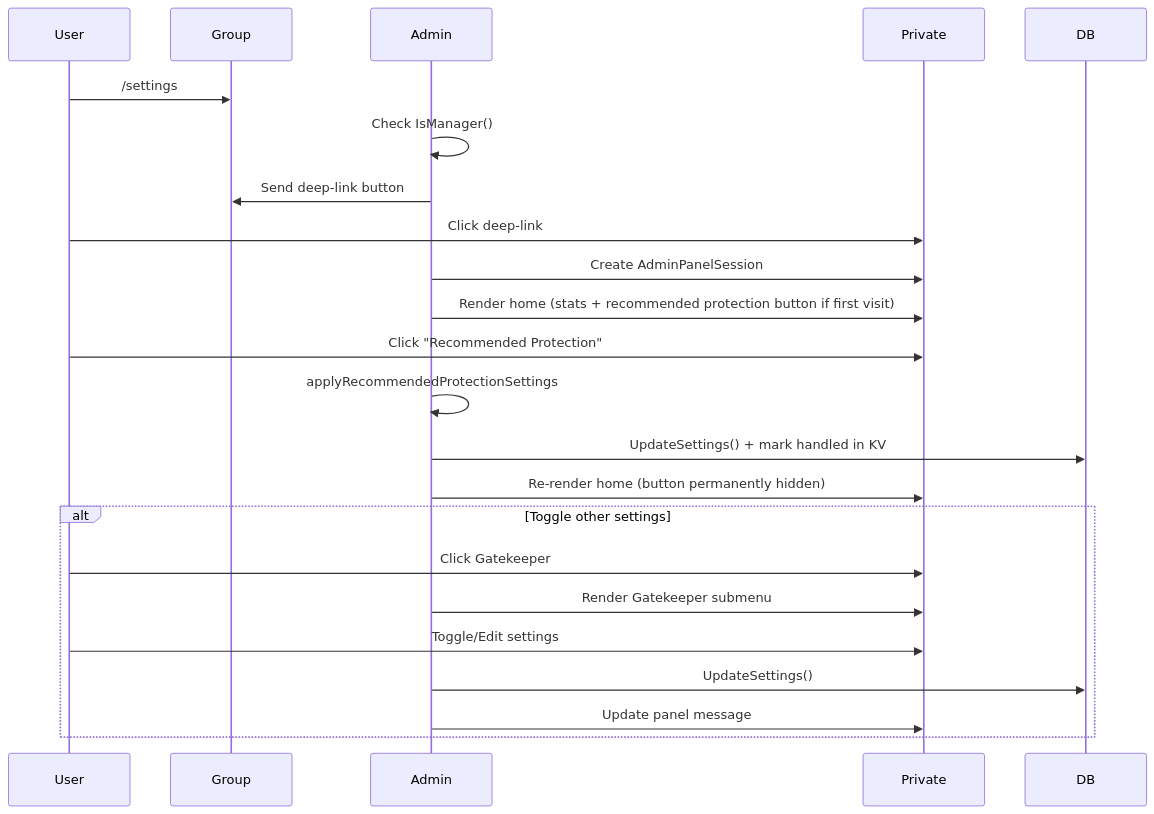
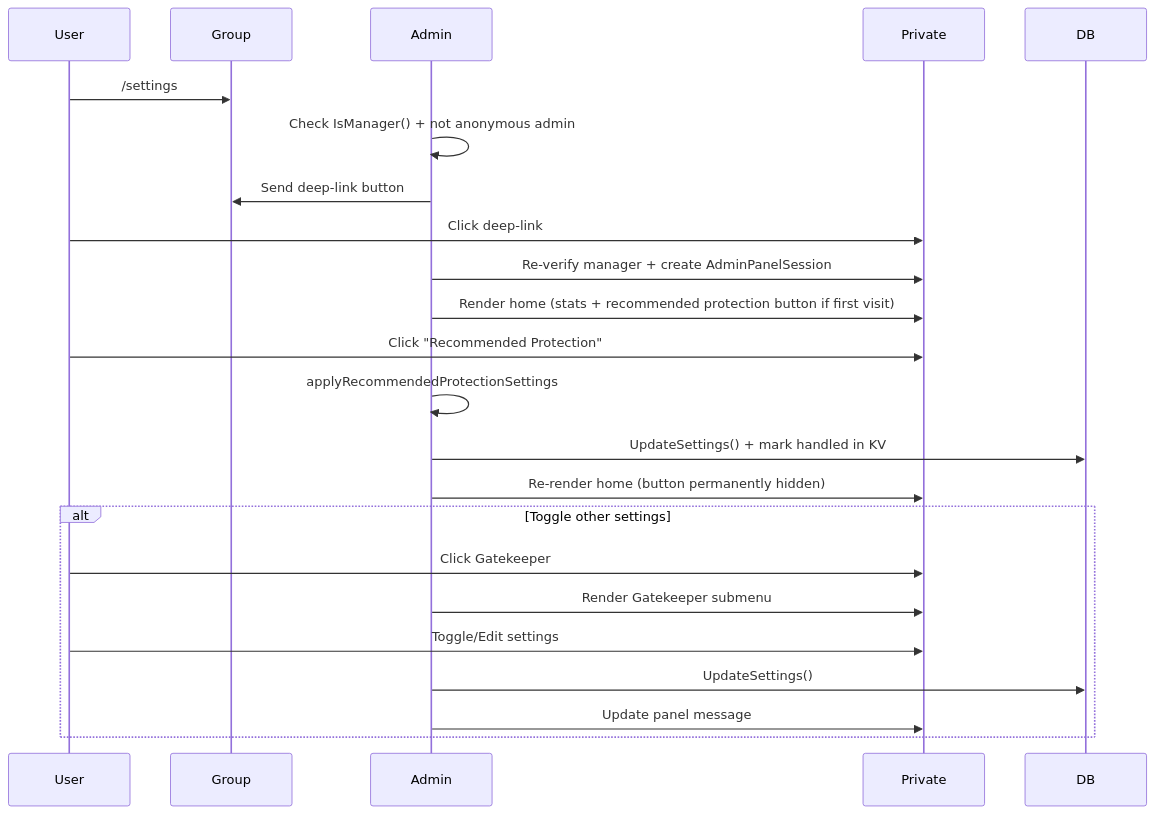
Before and after one commit to iamwavecut/ngbot: the ninth of 11 diagrams in docs/CODEBASE_MAP.md, drawn with Mermaid. The commit also changed other lines of this file and 106 other files, not shown here.

````diff
--- a/docs/CODEBASE_MAP.md
+++ b/docs/CODEBASE_MAP.md
@@ -926,28 +974,28 @@
 ```mermaid
 sequenceDiagram
     participant User
     participant Group
     participant Admin
     participant Private
     participant DB
 
     User->>Group: /settings
-    Admin->>Admin: Check IsManager()
+    Admin->>Admin: Check IsManager() + not anonymous admin
     Admin->>Group: Send deep-link button
     User->>Private: Click deep-link
-    Admin->>Private: Create AdminPanelSession
+    Admin->>Private: Re-verify manager + create AdminPanelSession
     Admin->>Private: Render home (stats + recommended protection button if first visit)
 
     User->>Private: Click "Recommended Protection"
     Admin->>Admin: applyRecommendedProtectionSettings
     Admin->>DB: UpdateSettings() + mark handled in KV
     Admin->>Private: Re-render home (button permanently hidden)
 
     alt Toggle other settings
         User->>Private: Click Gatekeeper
         Admin->>Private: Render Gatekeeper submenu
         User->>Private: Toggle/Edit settings
         Admin->>DB: UpdateSettings()
         Admin->>Private: Update panel message
     end
 ```
````
